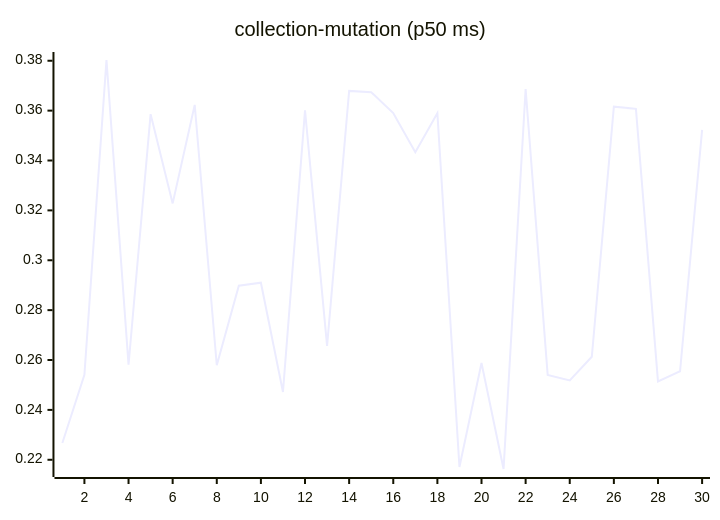
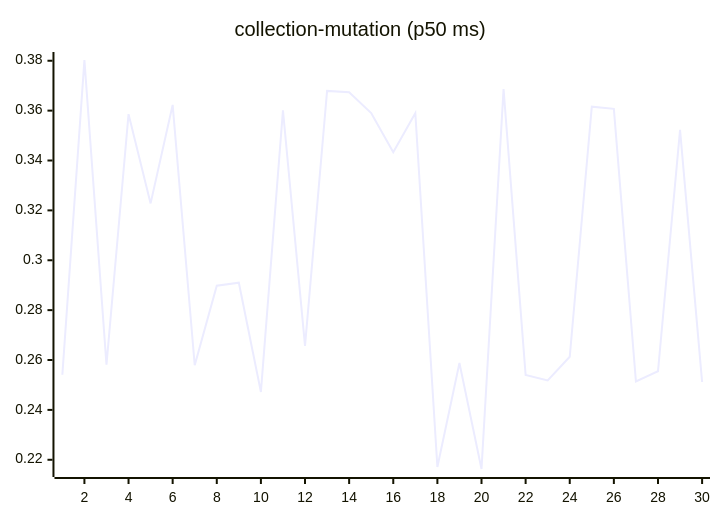
One commit to josha/Facet changed the sixth of 27 diagrams in README.md. Above: the diagram before and after it, drawn with Mermaid. The commit also changed other lines of this file and 2 other files, not shown here.

````diff
--- a/README.md
+++ b/README.md
@@ -98,6 +98,6 @@
 ```mermaid
 xychart-beta
     title "collection-mutation (p50 ms)"
     x-axis 1 --> 30
-    line [0.2267, 0.2541, 0.3803, 0.2581, 0.3586, 0.3228, 0.3623, 0.2579, 0.2898, 0.2910, 0.2472, 0.3601, 0.2657, 0.3679, 0.3674, 0.3590, 0.3433, 0.3590, 0.2171, 0.2588, 0.2163, 0.3686, 0.2540, 0.2518, 0.2613, 0.3616, 0.3607, 0.2514, 0.2555, 0.3523]
+    line [0.2541, 0.3803, 0.2581, 0.3586, 0.3228, 0.3623, 0.2579, 0.2898, 0.2910, 0.2472, 0.3601, 0.2657, 0.3679, 0.3674, 0.3590, 0.3433, 0.3590, 0.2171, 0.2588, 0.2163, 0.3686, 0.2540, 0.2518, 0.2613, 0.3616, 0.3607, 0.2514, 0.2555, 0.3523, 0.2512]
 ```
````
